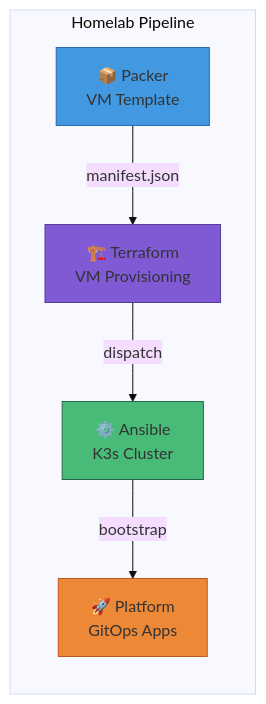
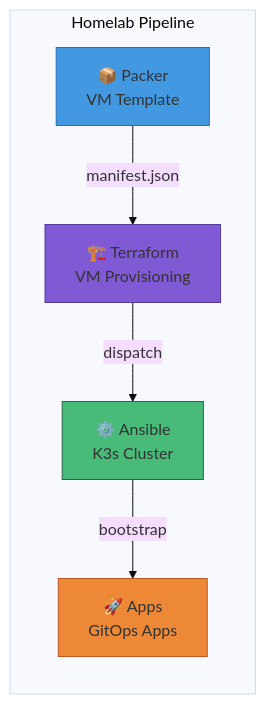
Before and after one commit to Starktastic-Homelab/ansible: the fifth of 5 diagrams in README.md, drawn with Mermaid (base theme). The commit also changed other lines of this file and 7 other files, not shown here.

First line of the commit message:
refactor: rename platform references to apps

````diff
--- a/README.md
+++ b/README.md
@@ -279,19 +279,19 @@
 ```mermaid
 flowchart TD
     subgraph Pipeline["Homelab Pipeline"]
         direction TB
         Packer["📦 Packer<br/>VM Template"]
         Terraform["🏗️ Terraform<br/>VM Provisioning"]
         Ansible["⚙️ Ansible<br/>K3s Cluster"]
-        Platform["🚀 Platform<br/>GitOps Apps"]
+        Apps["🚀 Apps<br/>GitOps Apps"]
     end
     
     Packer -->|manifest.json| Terraform
     Terraform -->|dispatch| Ansible
-    Ansible -->|bootstrap| Platform
+    Ansible -->|bootstrap| Apps
     
     style Packer fill:#4299e1,stroke:#2b6cb0
     style Terraform fill:#805ad5,stroke:#553c9a
     style Ansible fill:#48bb78,stroke:#276749
-    style Platform fill:#ed8936,stroke:#c05621
+    style Apps fill:#ed8936,stroke:#c05621
 ```
````
